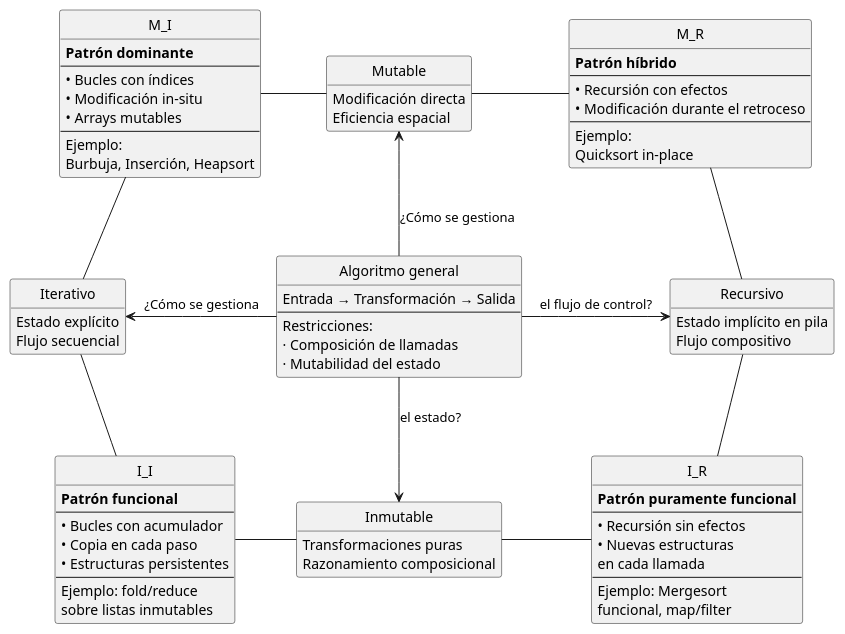
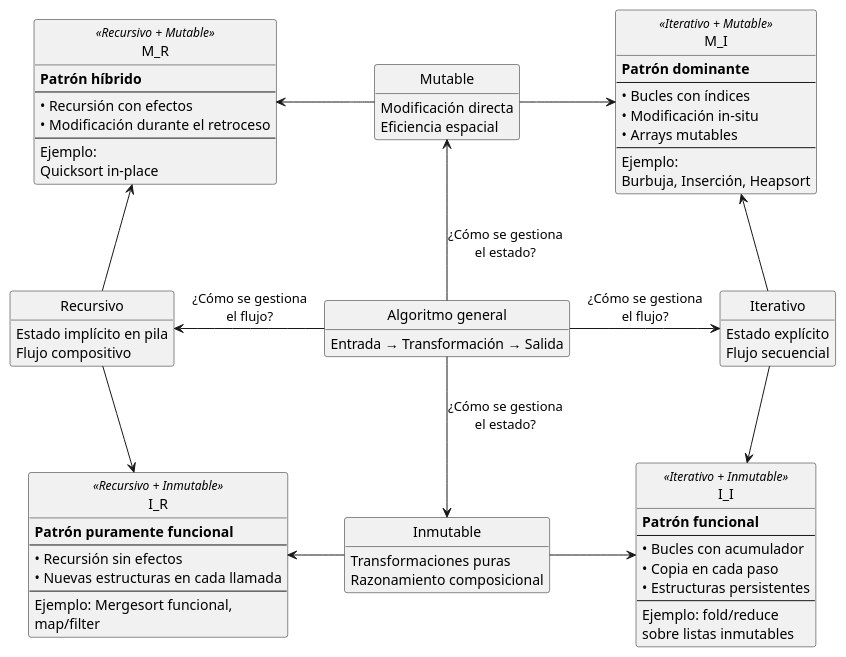
The diagram in modelosUML/jerarquiasTecnicas.puml (mmasias/EDA2), drawn with PlantUML before and after one commit.

Commit message:
Mejora con estereotipos

```diff
--- a/modelosUML/jerarquiasTecnicas.puml
+++ b/modelosUML/jerarquiasTecnicas.puml
@@ -1,114 +1,90 @@
 @startuml jerarquiaTecnicas
 
 hide empty members
 hide circle
+skinparam linetype polyline
 
-class M_I {
-            **Patrón dominante**
-            ----
-            • Bucles con índices
-            • Modificación in-situ
-            • Arrays mutables
-            ----
-            Ejemplo:
-            Burbuja, Inserción, Heapsort    
+class M_I <<Iterativo + Mutable>> {
+    **Patrón dominante**
+    ----
+    • Bucles con índices
+    • Modificación in-situ
+    • Arrays mutables
+    ----
+    Ejemplo:
+    Burbuja, Inserción, Heapsort    
 }
-class M_R {
-            **Patrón híbrido**
-            ----
-            • Recursión con efectos
-            • Modificación durante el retroceso
-            ----
-            Ejemplo:
-            Quicksort in-place    
+
+class M_R <<Recursivo + Mutable>> {
+    **Patrón híbrido**
+    ----
+    • Recursión con efectos
+    • Modificación durante el retroceso
+    ----
+    Ejemplo:
+    Quicksort in-place    
 }
-class I_I {
-            **Patrón funcional**
-            ----
-            • Bucles con acumulador
-            • Copia en cada paso
-            • Estructuras persistentes
-            ----
-            Ejemplo: fold/reduce
-            sobre listas inmutables
-        }
-class I_R {
-            **Patrón puramente funcional**
-            ----
-            • Recursión sin efectos
-            • Nuevas estructuras
-              en cada llamada
-            ----
-            Ejemplo: Mergesort
-            funcional, map/filter
-        }
 
-together {
-    class "Algoritmo general" as General {
-        Entrada → Transformación → Salida
-        ---
-        Restricciones:
-        · Composición de llamadas
-        · Mutabilidad del estado
-    }
+class I_I <<Iterativo + Inmutable>> {
+    **Patrón funcional**
+    ----
+    • Bucles con acumulador
+    • Copia en cada paso
+    • Estructuras persistentes
+    ----
+    Ejemplo: fold/reduce
+    sobre listas inmutables
+}
+
+class I_R <<Recursivo + Inmutable>> {
+    **Patrón puramente funcional**
+    ----
+    • Recursión sin efectos
+    • Nuevas estructuras en cada llamada
+    ----
+    Ejemplo: Mergesort funcional,
+    map/filter
+}
+
+class "Algoritmo general" as General {
+    Entrada → Transformación → Salida
 }
 
 class "Iterativo" as Iter {
     Estado explícito
     Flujo secuencial
 }
 
 class "Recursivo" as Rec {
     Estado implícito en pila
     Flujo compositivo
 }
 
 class "Mutable" as Mut {    
     Modificación directa
     Eficiencia espacial
 }
 
 class "Inmutable" as Inmut {
     Transformaciones puras
     Razonamiento composicional
 }
 
-Iter <-r- General : ¿Cómo se gestiona
-Rec <-l- General: el flujo de control?
+General -right-> Iter : "¿Cómo se gestiona\nel flujo?"
+General -left-> Rec : "¿Cómo se gestiona\nel flujo?"
+General -up-> Mut : "¿Cómo se gestiona\nel estado?"
+General -down-> Inmut : "¿Cómo se gestiona\nel estado?"
 
-General -u-> Mut : ¿Cómo se gestiona
-General -d-> Inmut: el estado?
+Iter -up-> M_I
+Mut -right-> M_I
 
-M_I -d- Iter
-M_I -r- Mut
+Rec -up-> M_R
+Mut -left-> M_R
 
-M_R -l- Mut
-M_R -d- Rec
+Iter -down-> I_I
+Inmut -right-> I_I
 
-I_I -u- Iter
-I_I -r- Inmut
-
-I_R -u- Rec
-I_R -l- Inmut
-
-
-' note right of RestComp
-'     Dimensión 1:
-'     ¿Cómo se gestiona
-'     el flujo de control?
-' end note
-'
-' note right of RestMut
-'     Dimensión 2:
-'     ¿Cómo se gestiona
-'     el estado?
-' end note
-'
-' note bottom of General
-'     Estas dimensiones son ortogonales:
-'     genera 4 combinaciones posibles
-'     (Iterativo-Mutable, Iterativo-Inmutable,
-'     Recursivo-Mutable, Recursivo-Inmutable)
-' end note
+Rec -down-> I_R
+Inmut -left-> I_R
 
 @enduml
```
